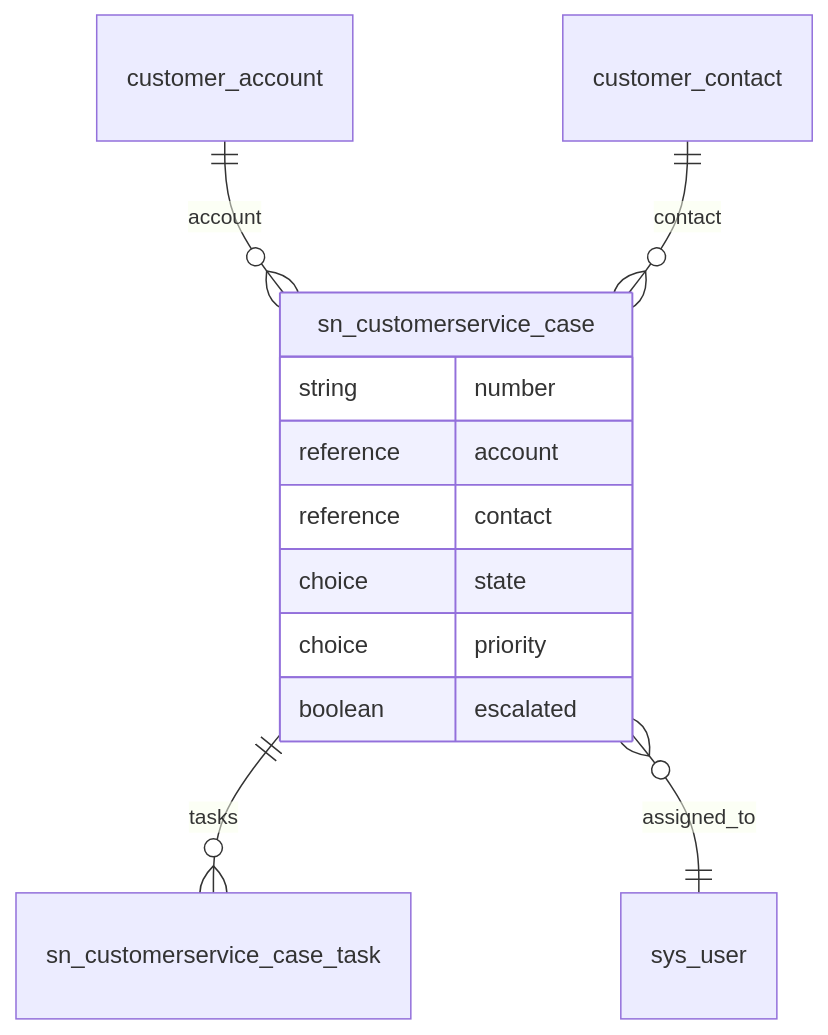
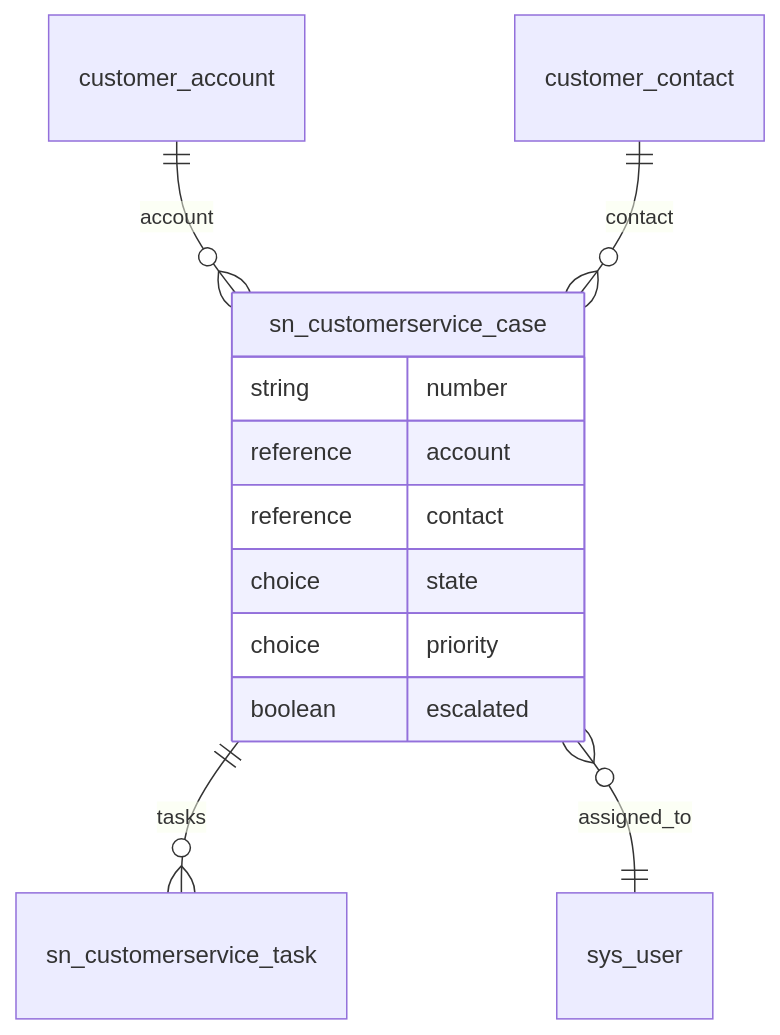
The third of 7 diagrams in .claude/skills/diagramming-specialist/EXAMPLES.md (farstic/ai-servicenow-architect), drawn with Mermaid before and after one commit. The commit also changed other lines of this file and 8 other files, not shown here.

````diff
--- a/.claude/skills/diagramming-specialist/EXAMPLES.md
+++ b/.claude/skills/diagramming-specialist/EXAMPLES.md
@@ -67,15 +67,15 @@
 ```mermaid
 erDiagram
     customer_account  ||--o{ sn_customerservice_case : "account"
     customer_contact  ||--o{ sn_customerservice_case : "contact"
-    sn_customerservice_case ||--o{ sn_customerservice_case_task : "tasks"
+    sn_customerservice_case ||--o{ sn_customerservice_task : "tasks"
     sn_customerservice_case }o--|| sys_user : "assigned_to"
     sn_customerservice_case {
         string  number
         reference account
         reference contact
         choice  state
         choice  priority
         boolean escalated
     }
 ```
````
